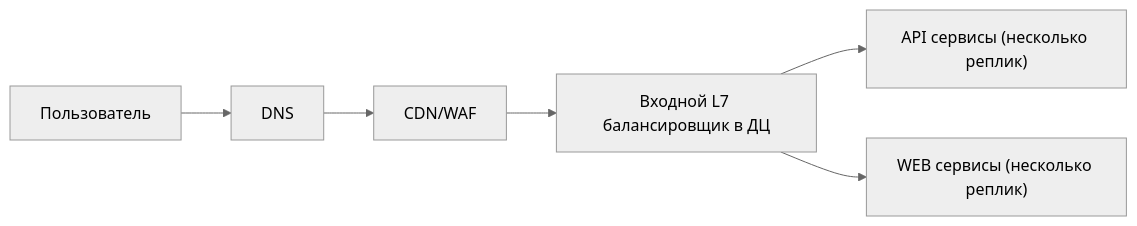
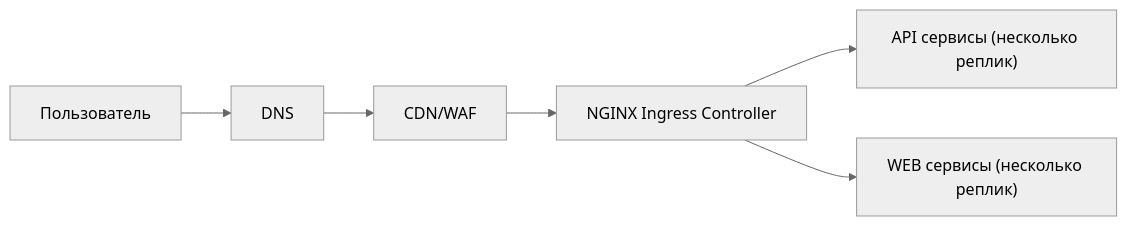
One commit to kolenkoal/Designing-High-Load-Systems changed the second of 3 diagrams in README.md. Above: the diagram before and after it, drawn with Mermaid (neutral theme). The commit also changed other lines of this file, not shown here.

````diff
--- a/README.md
+++ b/README.md
@@ -331,8 +333,8 @@
 ```mermaid
 flowchart LR
 U[Пользователь] --> DNS[DNS]
 DNS --> EDGE[CDN/WAF]
-EDGE --> IN[Входной L7 балансировщик в ДЦ]
+EDGE --> IN[NGINX Ingress Controller]
 IN --> API["API сервисы (несколько реплик)"]
 IN --> WEB["WEB сервисы (несколько реплик)"]
 ```
````
